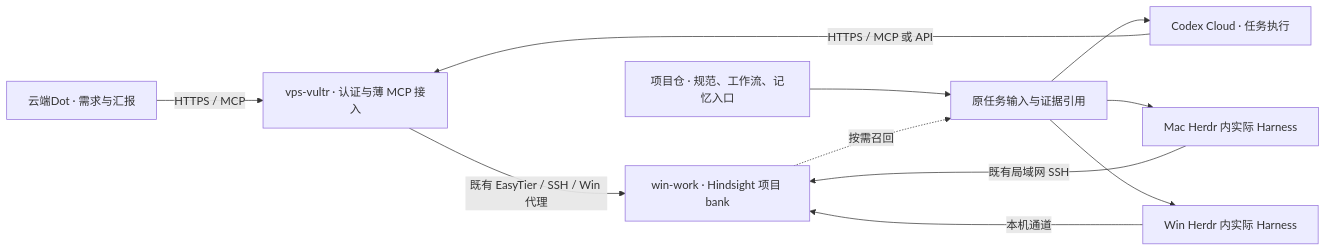
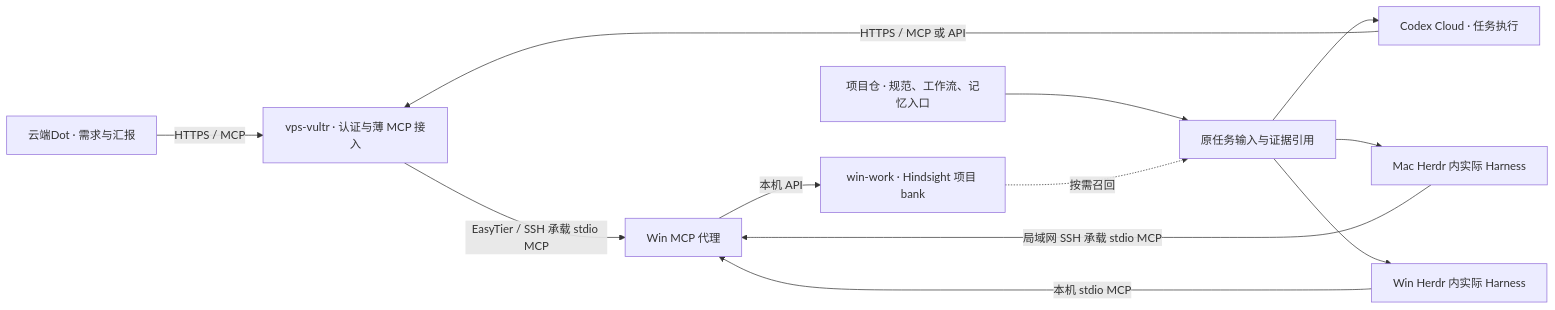
The diagram in docs/hindsight-memory-integration.md (CF-FE/herdr-4-codexcloud), drawn with Mermaid before and after one commit. The commit also changed other lines of this file and 1 other file, not shown here.

Commit message:
docs: clarify MCP tool transport over SSH

````diff
--- a/docs/hindsight-memory-integration.md
+++ b/docs/hindsight-memory-integration.md
@@ -17,13 +17,14 @@
 ```mermaid
 flowchart LR
     dot["云端Dot · 需求与汇报"] -->|"HTTPS / MCP"| vps["vps-vultr · 认证与薄 MCP 接入"]
     cloud["Codex Cloud · 任务执行"] -->|"HTTPS / MCP 或 API"| vps
-    vps -->|"既有 EasyTier / SSH / Win 代理"| memory["win-work · Hindsight 项目 bank"]
-    mac["Mac Herdr 内实际 Harness"] -->|"既有局域网 SSH"| memory
-    win["Win Herdr 内实际 Harness"] -->|"本机通道"| memory
+    vps -->|"EasyTier / SSH 承载 stdio MCP"| proxy["Win MCP 代理"]
+    mac["Mac Herdr 内实际 Harness"] -->|"局域网 SSH 承载 stdio MCP"| proxy
+    win["Win Herdr 内实际 Harness"] -->|"本机 stdio MCP"| proxy
+    proxy -->|"本机 API"| memory["win-work · Hindsight 项目 bank"]
     repo["项目仓 · 规范、工作流、记忆入口"] --> task["原任务输入与证据引用"]
     memory -."按需召回".-> task
     task --> cloud
     task --> mac
     task --> win
 ```
````
